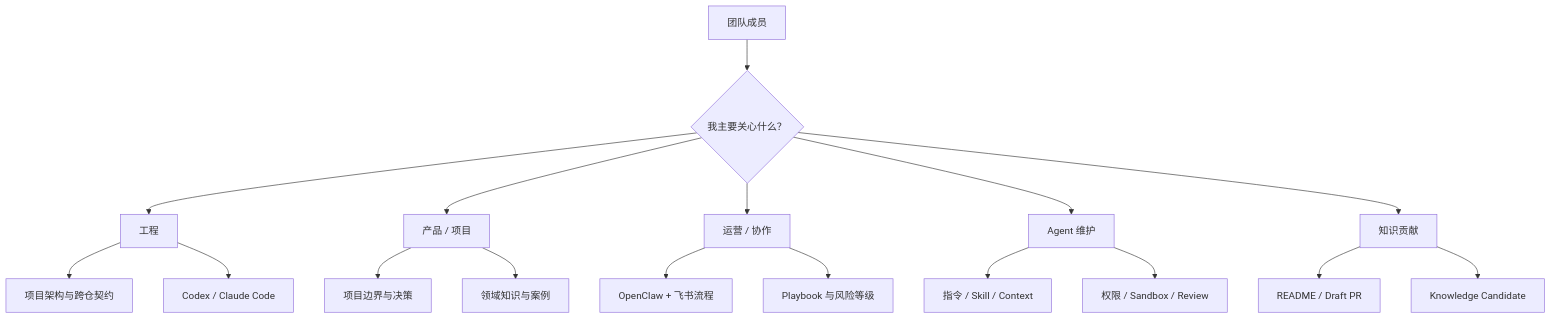
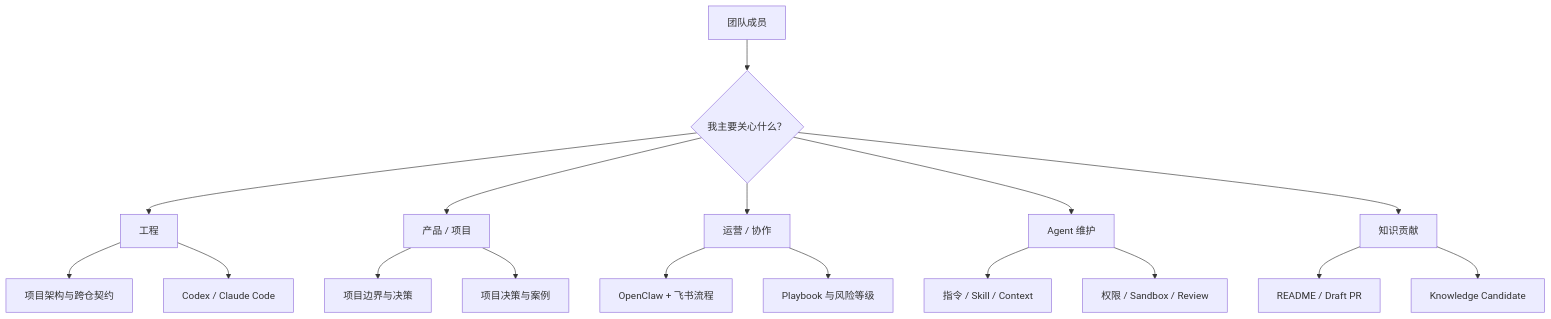
The second of 5 diagrams in README.md (botearn/Evolution-Handbook), drawn with Mermaid before and after one commit. The commit also changed other lines of this file and 20 other files, not shown here.

````diff
--- a/README.md
+++ b/README.md
@@ -55,25 +75,25 @@
 ```mermaid
 flowchart TB
     Start["团队成员"] --> Role{"我主要关心什么？"}
 
     Role --> Eng["工程"]
     Role --> Product["产品 / 项目"]
     Role --> Ops["运营 / 协作"]
     Role --> Agent["Agent 维护"]
     Role --> Contributor["知识贡献"]
 
     Eng --> Eng1["项目架构与跨仓契约"]
     Eng --> Eng2["Codex / Claude Code"]
 
     Product --> Product1["项目边界与决策"]
-    Product --> Product2["领域知识与案例"]
+    Product --> Product2["项目决策与案例"]
 
     Ops --> Ops1["OpenClaw + 飞书流程"]
     Ops --> Ops2["Playbook 与风险等级"]
 
     Agent --> Agent1["指令 / Skill / Context"]
     Agent --> Agent2["权限 / Sandbox / Review"]
 
     Contributor --> Contributor1["README / Draft PR"]
     Contributor --> Contributor2["Knowledge Candidate"]
 ```
````
